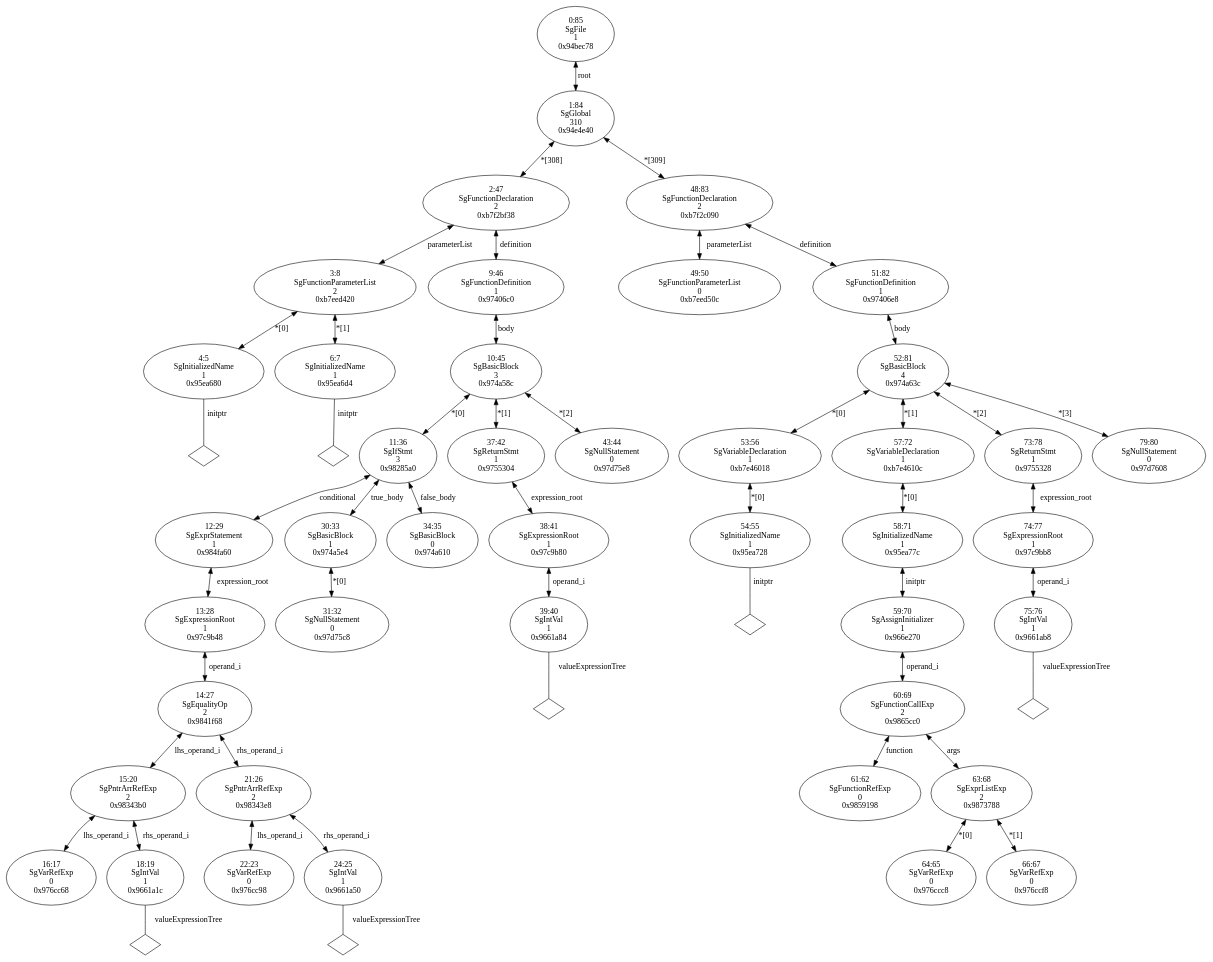
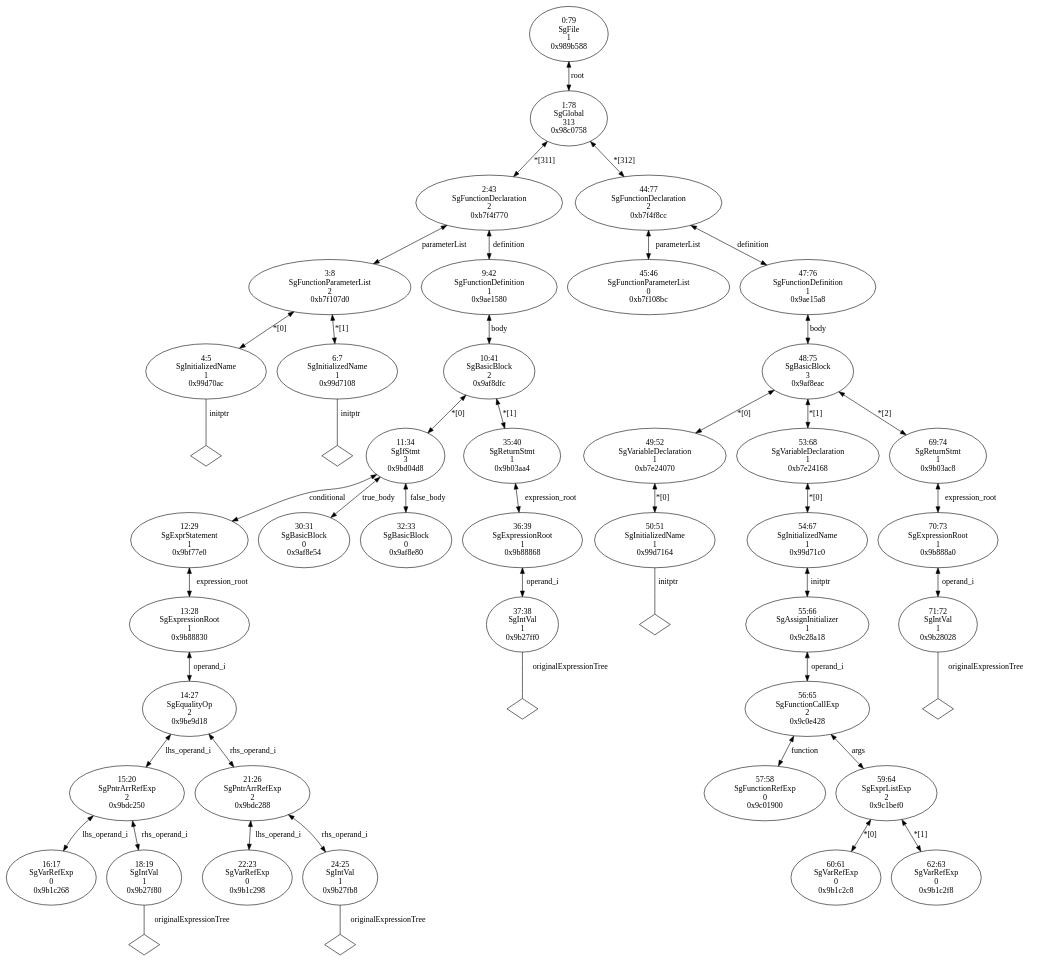
The diagram in branch/memRefExprRefactor/TestResults/AliasIRInterface/passIntPtrArrayRef2.c.dot (BackupTheBerlios/useoa-rose-svn), drawn with Graphviz before and after one commit. The commit also changed 48 other files, not shown here.

Commit message:
memRefExprRefactor branch I am testing references.  I also updated some of the dot files, but NOT with the normalization stuff turned on.

```diff
--- a/branch/memRefExprRefactor/TestResults/AliasIRInterface/passIntPtrArrayRef2.c.dot
+++ b/branch/memRefExprRefactor/TestResults/AliasIRInterface/passIntPtrArrayRef2.c.dot
@@ -1,101 +1,95 @@
 digraph "G./passIntPtrArrayRef2.c.dot" {
-"0x95ea680"[label="4:5\nSgInitializedName\n1\n0x95ea680\n" ];
-"0x95ea680" -> "0x95ea680__initptr__null"[label="initptr" dir=none ];
-"0x95ea680__initptr__null"[label="" shape=diamond ];
-"0x95ea6d4"[label="6:7\nSgInitializedName\n1\n0x95ea6d4\n" ];
-"0x95ea6d4" -> "0x95ea6d4__initptr__null"[label="initptr" dir=none ];
-"0x95ea6d4__initptr__null"[label="" shape=diamond ];
-"0xb7eed420"[label="3:8\nSgFunctionParameterList\n2\n0xb7eed420\n" ];
-"0xb7eed420" -> "0x95ea680"[label="*[0]" dir=both ];
-"0xb7eed420" -> "0x95ea6d4"[label="*[1]" dir=both ];
-"0x976cc68"[label="16:17\nSgVarRefExp\n0\n0x976cc68\n" ];
-"0x9661a1c"[label="18:19\nSgIntVal\n1\n0x9661a1c\n" ];
-"0x9661a1c" -> "0x9661a1c__valueExpressionTree__null"[label="valueExpressionTree" dir=none ];
-"0x9661a1c__valueExpressionTree__null"[label="" shape=diamond ];
-"0x98343b0"[label="15:20\nSgPntrArrRefExp\n2\n0x98343b0\n" ];
-"0x98343b0" -> "0x976cc68"[label="lhs_operand_i" dir=both ];
-"0x98343b0" -> "0x9661a1c"[label="rhs_operand_i" dir=both ];
-"0x976cc98"[label="22:23\nSgVarRefExp\n0\n0x976cc98\n" ];
-"0x9661a50"[label="24:25\nSgIntVal\n1\n0x9661a50\n" ];
-"0x9661a50" -> "0x9661a50__valueExpressionTree__null"[label="valueExpressionTree" dir=none ];
-"0x9661a50__valueExpressionTree__null"[label="" shape=diamond ];
-"0x98343e8"[label="21:26\nSgPntrArrRefExp\n2\n0x98343e8\n" ];
-"0x98343e8" -> "0x976cc98"[label="lhs_operand_i" dir=both ];
-"0x98343e8" -> "0x9661a50"[label="rhs_operand_i" dir=both ];
-"0x9841f68"[label="14:27\nSgEqualityOp\n2\n0x9841f68\n" ];
-"0x9841f68" -> "0x98343b0"[label="lhs_operand_i" dir=both ];
-"0x9841f68" -> "0x98343e8"[label="rhs_operand_i" dir=both ];
-"0x97c9b48"[label="13:28\nSgExpressionRoot\n1\n0x97c9b48\n" ];
-"0x97c9b48" -> "0x9841f68"[label="operand_i" dir=both ];
-"0x984fa60"[label="12:29\nSgExprStatement\n1\n0x984fa60\n" ];
-"0x984fa60" -> "0x97c9b48"[label="expression_root" dir=both ];
-"0x97d75c8"[label="31:32\nSgNullStatement\n0\n0x97d75c8\n" ];
-"0x974a5e4"[label="30:33\nSgBasicBlock\n1\n0x974a5e4\n" ];
-"0x974a5e4" -> "0x97d75c8"[label="*[0]" dir=both ];
-"0x974a610"[label="34:35\nSgBasicBlock\n0\n0x974a610\n" ];
-"0x98285a0"[label="11:36\nSgIfStmt\n3\n0x98285a0\n" ];
-"0x98285a0" -> "0x984fa60"[label="conditional" dir=both ];
-"0x98285a0" -> "0x974a5e4"[label="true_body" dir=both ];
-"0x98285a0" -> "0x974a610"[label="false_body" dir=both ];
-"0x9661a84"[label="39:40\nSgIntVal\n1\n0x9661a84\n" ];
-"0x9661a84" -> "0x9661a84__valueExpressionTree__null"[label="valueExpressionTree" dir=none ];
-"0x9661a84__valueExpressionTree__null"[label="" shape=diamond ];
-"0x97c9b80"[label="38:41\nSgExpressionRoot\n1\n0x97c9b80\n" ];
-"0x97c9b80" -> "0x9661a84"[label="operand_i" dir=both ];
-"0x9755304"[label="37:42\nSgReturnStmt\n1\n0x9755304\n" ];
-"0x9755304" -> "0x97c9b80"[label="expression_root" dir=both ];
-"0x97d75e8"[label="43:44\nSgNullStatement\n0\n0x97d75e8\n" ];
-"0x974a58c"[label="10:45\nSgBasicBlock\n3\n0x974a58c\n" ];
-"0x974a58c" -> "0x98285a0"[label="*[0]" dir=both ];
-"0x974a58c" -> "0x9755304"[label="*[1]" dir=both ];
-"0x974a58c" -> "0x97d75e8"[label="*[2]" dir=both ];
-"0x97406c0"[label="9:46\nSgFunctionDefinition\n1\n0x97406c0\n" ];
-"0x97406c0" -> "0x974a58c"[label="body" dir=both ];
-"0xb7f2bf38"[label="2:47\nSgFunctionDeclaration\n2\n0xb7f2bf38\n" ];
-"0xb7f2bf38" -> "0xb7eed420"[label="parameterList" dir=both ];
-"0xb7f2bf38" -> "0x97406c0"[label="definition" dir=both ];
-"0xb7eed50c"[label="49:50\nSgFunctionParameterList\n0\n0xb7eed50c\n" ];
-"0x95ea728"[label="54:55\nSgInitializedName\n1\n0x95ea728\n" ];
-"0x95ea728" -> "0x95ea728__initptr__null"[label="initptr" dir=none ];
-"0x95ea728__initptr__null"[label="" shape=diamond ];
-"0xb7e46018"[label="53:56\nSgVariableDeclaration\n1\n0xb7e46018\n" ];
-"0xb7e46018" -> "0x95ea728"[label="*[0]" dir=both ];
-"0x9859198"[label="61:62\nSgFunctionRefExp\n0\n0x9859198\n" ];
-"0x976ccc8"[label="64:65\nSgVarRefExp\n0\n0x976ccc8\n" ];
-"0x976ccf8"[label="66:67\nSgVarRefExp\n0\n0x976ccf8\n" ];
-"0x9873788"[label="63:68\nSgExprListExp\n2\n0x9873788\n" ];
-"0x9873788" -> "0x976ccc8"[label="*[0]" dir=both ];
-"0x9873788" -> "0x976ccf8"[label="*[1]" dir=both ];
-"0x9865cc0"[label="60:69\nSgFunctionCallExp\n2\n0x9865cc0\n" ];
-"0x9865cc0" -> "0x9859198"[label="function" dir=both ];
-"0x9865cc0" -> "0x9873788"[label="args" dir=both ];
-"0x966e270"[label="59:70\nSgAssignInitializer\n1\n0x966e270\n" ];
-"0x966e270" -> "0x9865cc0"[label="operand_i" dir=both ];
-"0x95ea77c"[label="58:71\nSgInitializedName\n1\n0x95ea77c\n" ];
-"0x95ea77c" -> "0x966e270"[label="initptr" dir=both ];
-"0xb7e4610c"[label="57:72\nSgVariableDeclaration\n1\n0xb7e4610c\n" ];
-"0xb7e4610c" -> "0x95ea77c"[label="*[0]" dir=both ];
-"0x9661ab8"[label="75:76\nSgIntVal\n1\n0x9661ab8\n" ];
-"0x9661ab8" -> "0x9661ab8__valueExpressionTree__null"[label="valueExpressionTree" dir=none ];
-"0x9661ab8__valueExpressionTree__null"[label="" shape=diamond ];
-"0x97c9bb8"[label="74:77\nSgExpressionRoot\n1\n0x97c9bb8\n" ];
-"0x97c9bb8" -> "0x9661ab8"[label="operand_i" dir=both ];
-"0x9755328"[label="73:78\nSgReturnStmt\n1\n0x9755328\n" ];
-"0x9755328" -> "0x97c9bb8"[label="expression_root" dir=both ];
-"0x97d7608"[label="79:80\nSgNullStatement\n0\n0x97d7608\n" ];
-"0x974a63c"[label="52:81\nSgBasicBlock\n4\n0x974a63c\n" ];
-"0x974a63c" -> "0xb7e46018"[label="*[0]" dir=both ];
-"0x974a63c" -> "0xb7e4610c"[label="*[1]" dir=both ];
-"0x974a63c" -> "0x9755328"[label="*[2]" dir=both ];
-"0x974a63c" -> "0x97d7608"[label="*[3]" dir=both ];
-"0x97406e8"[label="51:82\nSgFunctionDefinition\n1\n0x97406e8\n" ];
-"0x97406e8" -> "0x974a63c"[label="body" dir=both ];
-"0xb7f2c090"[label="48:83\nSgFunctionDeclaration\n2\n0xb7f2c090\n" ];
-"0xb7f2c090" -> "0xb7eed50c"[label="parameterList" dir=both ];
-"0xb7f2c090" -> "0x97406e8"[label="definition" dir=both ];
-"0x94e4e40"[label="1:84\nSgGlobal\n310\n0x94e4e40\n" ];
-"0x94e4e40" -> "0xb7f2bf38"[label="*[308]" dir=both ];
-"0x94e4e40" -> "0xb7f2c090"[label="*[309]" dir=both ];
-"0x94bec78"[label="0:85\nSgFile\n1\n0x94bec78\n" ];
-"0x94bec78" -> "0x94e4e40"[label="root" dir=both ];
+"0x99d70ac"[label="4:5\nSgInitializedName\n1\n0x99d70ac\n" ];
+"0x99d70ac" -> "0x99d70ac__initptr__null"[label="initptr" dir=none ];
+"0x99d70ac__initptr__null"[label="" shape=diamond ];
+"0x99d7108"[label="6:7\nSgInitializedName\n1\n0x99d7108\n" ];
+"0x99d7108" -> "0x99d7108__initptr__null"[label="initptr" dir=none ];
+"0x99d7108__initptr__null"[label="" shape=diamond ];
+"0xb7f107d0"[label="3:8\nSgFunctionParameterList\n2\n0xb7f107d0\n" ];
+"0xb7f107d0" -> "0x99d70ac"[label="*[0]" dir=both ];
+"0xb7f107d0" -> "0x99d7108"[label="*[1]" dir=both ];
+"0x9b1c268"[label="16:17\nSgVarRefExp\n0\n0x9b1c268\n" ];
+"0x9b27f80"[label="18:19\nSgIntVal\n1\n0x9b27f80\n" ];
+"0x9b27f80" -> "0x9b27f80__originalExpressionTree__null"[label="originalExpressionTree" dir=none ];
+"0x9b27f80__originalExpressionTree__null"[label="" shape=diamond ];
+"0x9bdc250"[label="15:20\nSgPntrArrRefExp\n2\n0x9bdc250\n" ];
+"0x9bdc250" -> "0x9b1c268"[label="lhs_operand_i" dir=both ];
+"0x9bdc250" -> "0x9b27f80"[label="rhs_operand_i" dir=both ];
+"0x9b1c298"[label="22:23\nSgVarRefExp\n0\n0x9b1c298\n" ];
+"0x9b27fb8"[label="24:25\nSgIntVal\n1\n0x9b27fb8\n" ];
+"0x9b27fb8" -> "0x9b27fb8__originalExpressionTree__null"[label="originalExpressionTree" dir=none ];
+"0x9b27fb8__originalExpressionTree__null"[label="" shape=diamond ];
+"0x9bdc288"[label="21:26\nSgPntrArrRefExp\n2\n0x9bdc288\n" ];
+"0x9bdc288" -> "0x9b1c298"[label="lhs_operand_i" dir=both ];
+"0x9bdc288" -> "0x9b27fb8"[label="rhs_operand_i" dir=both ];
+"0x9be9d18"[label="14:27\nSgEqualityOp\n2\n0x9be9d18\n" ];
+"0x9be9d18" -> "0x9bdc250"[label="lhs_operand_i" dir=both ];
+"0x9be9d18" -> "0x9bdc288"[label="rhs_operand_i" dir=both ];
+"0x9b88830"[label="13:28\nSgExpressionRoot\n1\n0x9b88830\n" ];
+"0x9b88830" -> "0x9be9d18"[label="operand_i" dir=both ];
+"0x9bf77e0"[label="12:29\nSgExprStatement\n1\n0x9bf77e0\n" ];
+"0x9bf77e0" -> "0x9b88830"[label="expression_root" dir=both ];
+"0x9af8e54"[label="30:31\nSgBasicBlock\n0\n0x9af8e54\n" ];
+"0x9af8e80"[label="32:33\nSgBasicBlock\n0\n0x9af8e80\n" ];
+"0x9bd04d8"[label="11:34\nSgIfStmt\n3\n0x9bd04d8\n" ];
+"0x9bd04d8" -> "0x9bf77e0"[label="conditional" dir=both ];
+"0x9bd04d8" -> "0x9af8e54"[label="true_body" dir=both ];
+"0x9bd04d8" -> "0x9af8e80"[label="false_body" dir=both ];
+"0x9b27ff0"[label="37:38\nSgIntVal\n1\n0x9b27ff0\n" ];
+"0x9b27ff0" -> "0x9b27ff0__originalExpressionTree__null"[label="originalExpressionTree" dir=none ];
+"0x9b27ff0__originalExpressionTree__null"[label="" shape=diamond ];
+"0x9b88868"[label="36:39\nSgExpressionRoot\n1\n0x9b88868\n" ];
+"0x9b88868" -> "0x9b27ff0"[label="operand_i" dir=both ];
+"0x9b03aa4"[label="35:40\nSgReturnStmt\n1\n0x9b03aa4\n" ];
+"0x9b03aa4" -> "0x9b88868"[label="expression_root" dir=both ];
+"0x9af8dfc"[label="10:41\nSgBasicBlock\n2\n0x9af8dfc\n" ];
+"0x9af8dfc" -> "0x9bd04d8"[label="*[0]" dir=both ];
+"0x9af8dfc" -> "0x9b03aa4"[label="*[1]" dir=both ];
+"0x9ae1580"[label="9:42\nSgFunctionDefinition\n1\n0x9ae1580\n" ];
+"0x9ae1580" -> "0x9af8dfc"[label="body" dir=both ];
+"0xb7f4f770"[label="2:43\nSgFunctionDeclaration\n2\n0xb7f4f770\n" ];
+"0xb7f4f770" -> "0xb7f107d0"[label="parameterList" dir=both ];
+"0xb7f4f770" -> "0x9ae1580"[label="definition" dir=both ];
+"0xb7f108bc"[label="45:46\nSgFunctionParameterList\n0\n0xb7f108bc\n" ];
+"0x99d7164"[label="50:51\nSgInitializedName\n1\n0x99d7164\n" ];
+"0x99d7164" -> "0x99d7164__initptr__null"[label="initptr" dir=none ];
+"0x99d7164__initptr__null"[label="" shape=diamond ];
+"0xb7e24070"[label="49:52\nSgVariableDeclaration\n1\n0xb7e24070\n" ];
+"0xb7e24070" -> "0x99d7164"[label="*[0]" dir=both ];
+"0x9c01900"[label="57:58\nSgFunctionRefExp\n0\n0x9c01900\n" ];
+"0x9b1c2c8"[label="60:61\nSgVarRefExp\n0\n0x9b1c2c8\n" ];
+"0x9b1c2f8"[label="62:63\nSgVarRefExp\n0\n0x9b1c2f8\n" ];
+"0x9c1bef0"[label="59:64\nSgExprListExp\n2\n0x9c1bef0\n" ];
+"0x9c1bef0" -> "0x9b1c2c8"[label="*[0]" dir=both ];
+"0x9c1bef0" -> "0x9b1c2f8"[label="*[1]" dir=both ];
+"0x9c0e428"[label="56:65\nSgFunctionCallExp\n2\n0x9c0e428\n" ];
+"0x9c0e428" -> "0x9c01900"[label="function" dir=both ];
+"0x9c0e428" -> "0x9c1bef0"[label="args" dir=both ];
+"0x9c28a18"[label="55:66\nSgAssignInitializer\n1\n0x9c28a18\n" ];
+"0x9c28a18" -> "0x9c0e428"[label="operand_i" dir=both ];
+"0x99d71c0"[label="54:67\nSgInitializedName\n1\n0x99d71c0\n" ];
+"0x99d71c0" -> "0x9c28a18"[label="initptr" dir=both ];
+"0xb7e24168"[label="53:68\nSgVariableDeclaration\n1\n0xb7e24168\n" ];
+"0xb7e24168" -> "0x99d71c0"[label="*[0]" dir=both ];
+"0x9b28028"[label="71:72\nSgIntVal\n1\n0x9b28028\n" ];
+"0x9b28028" -> "0x9b28028__originalExpressionTree__null"[label="originalExpressionTree" dir=none ];
+"0x9b28028__originalExpressionTree__null"[label="" shape=diamond ];
+"0x9b888a0"[label="70:73\nSgExpressionRoot\n1\n0x9b888a0\n" ];
+"0x9b888a0" -> "0x9b28028"[label="operand_i" dir=both ];
+"0x9b03ac8"[label="69:74\nSgReturnStmt\n1\n0x9b03ac8\n" ];
+"0x9b03ac8" -> "0x9b888a0"[label="expression_root" dir=both ];
+"0x9af8eac"[label="48:75\nSgBasicBlock\n3\n0x9af8eac\n" ];
+"0x9af8eac" -> "0xb7e24070"[label="*[0]" dir=both ];
+"0x9af8eac" -> "0xb7e24168"[label="*[1]" dir=both ];
+"0x9af8eac" -> "0x9b03ac8"[label="*[2]" dir=both ];
+"0x9ae15a8"[label="47:76\nSgFunctionDefinition\n1\n0x9ae15a8\n" ];
+"0x9ae15a8" -> "0x9af8eac"[label="body" dir=both ];
+"0xb7f4f8cc"[label="44:77\nSgFunctionDeclaration\n2\n0xb7f4f8cc\n" ];
+"0xb7f4f8cc" -> "0xb7f108bc"[label="parameterList" dir=both ];
+"0xb7f4f8cc" -> "0x9ae15a8"[label="definition" dir=both ];
+"0x98c0758"[label="1:78\nSgGlobal\n313\n0x98c0758\n" ];
+"0x98c0758" -> "0xb7f4f770"[label="*[311]" dir=both ];
+"0x98c0758" -> "0xb7f4f8cc"[label="*[312]" dir=both ];
+"0x989b588"[label="0:79\nSgFile\n1\n0x989b588\n" ];
+"0x989b588" -> "0x98c0758"[label="root" dir=both ];
 }
```
